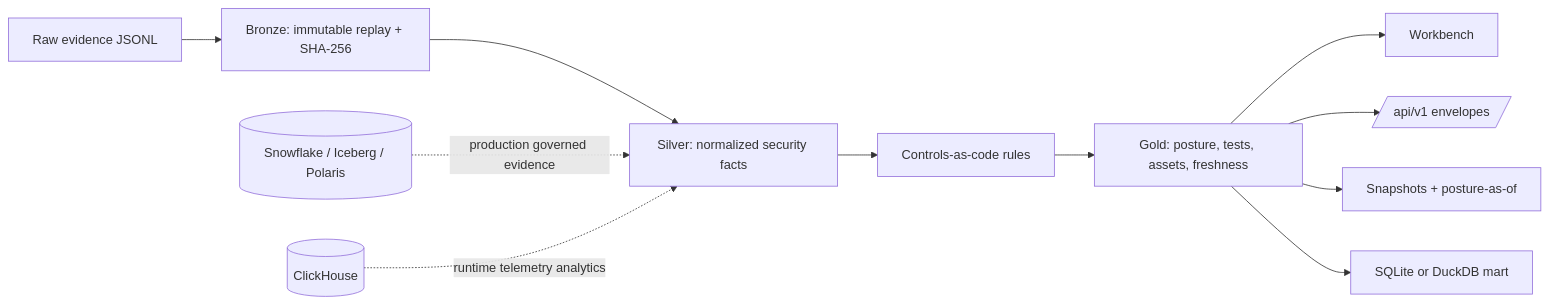
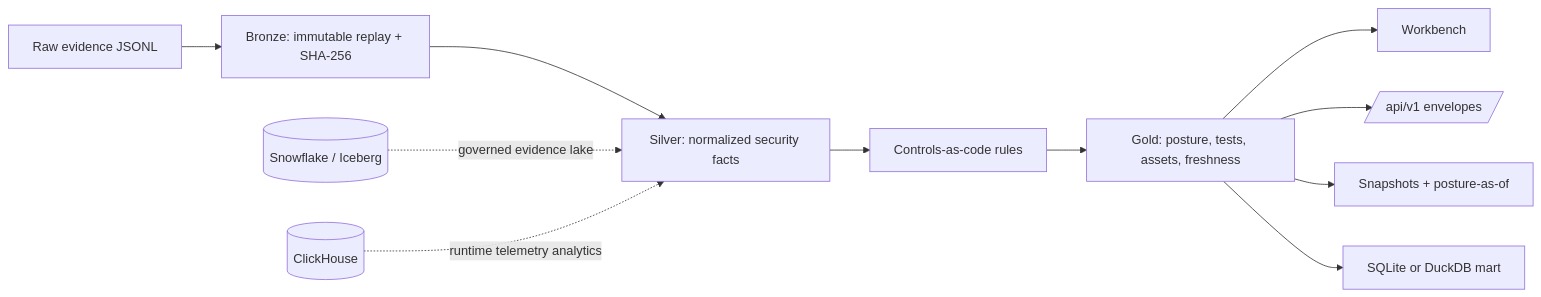
One commit to msaad00/trustops-security-data-lake changed the second of 2 diagrams in README.md. Above: the diagram before and after it, drawn with Mermaid. The commit also changed other lines of this file and 3 other files, not shown here.

````diff
--- a/README.md
+++ b/README.md
@@ -114,14 +114,14 @@
 ```mermaid
 flowchart LR
   Raw[Raw evidence JSONL] --> Bronze[Bronze: immutable replay + SHA-256]
   Bronze --> Silver[Silver: normalized security facts]
   Silver --> Rules[Controls-as-code rules]
   Rules --> Gold[Gold: posture, tests, assets, freshness]
   Gold --> Workbench[Workbench]
   Gold --> V1[/api/v1 envelopes/]
   Gold --> Snapshots[Snapshots + posture-as-of]
   Gold --> Mart[SQLite or DuckDB mart]
 
-  Snow[(Snowflake / Iceberg / Polaris)] -. production governed evidence .-> Silver
+  Snow[(Snowflake / Iceberg)] -. governed evidence lake .-> Silver
   Click[(ClickHouse)] -. runtime telemetry analytics .-> Silver
 ```
````
